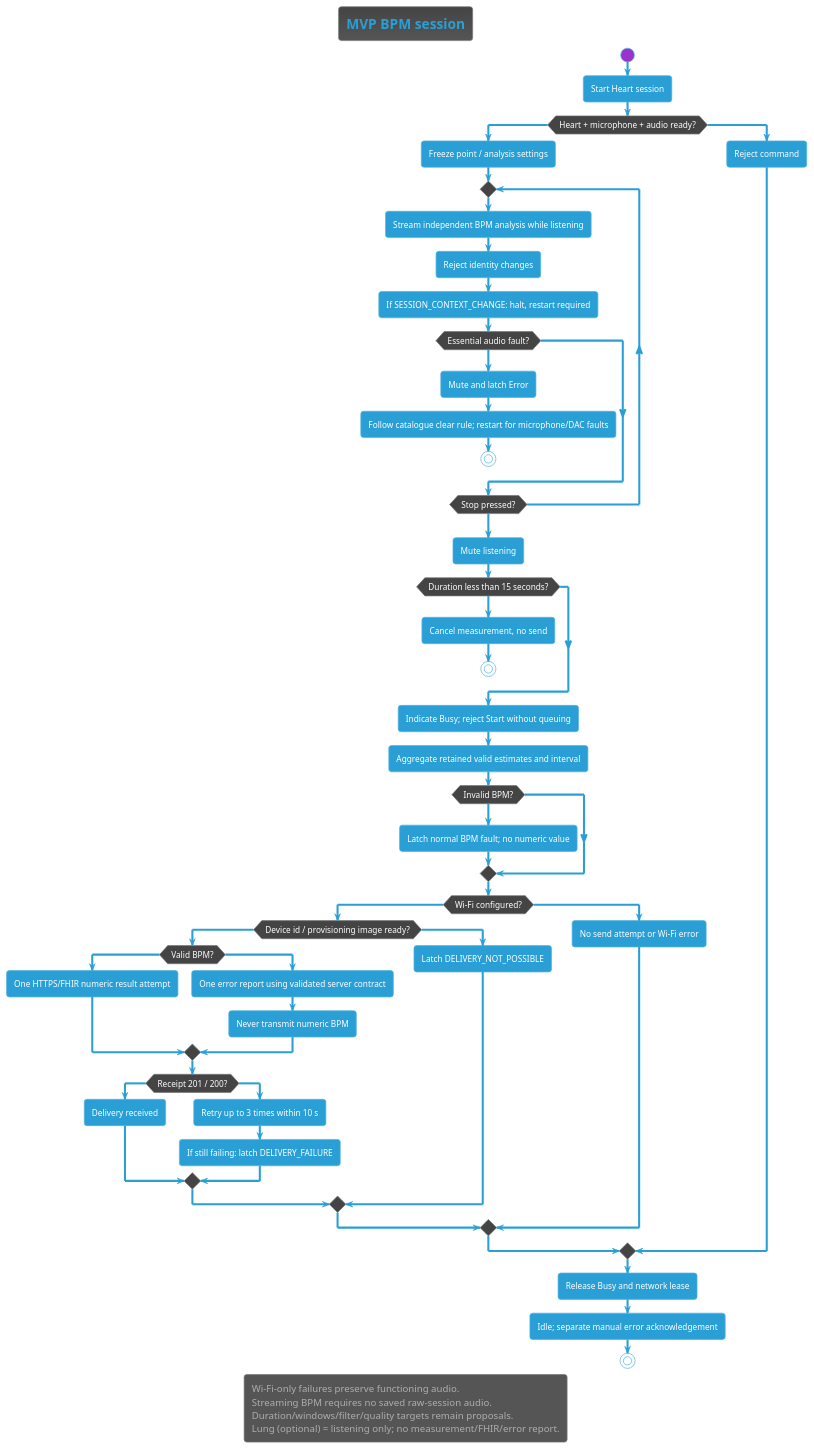
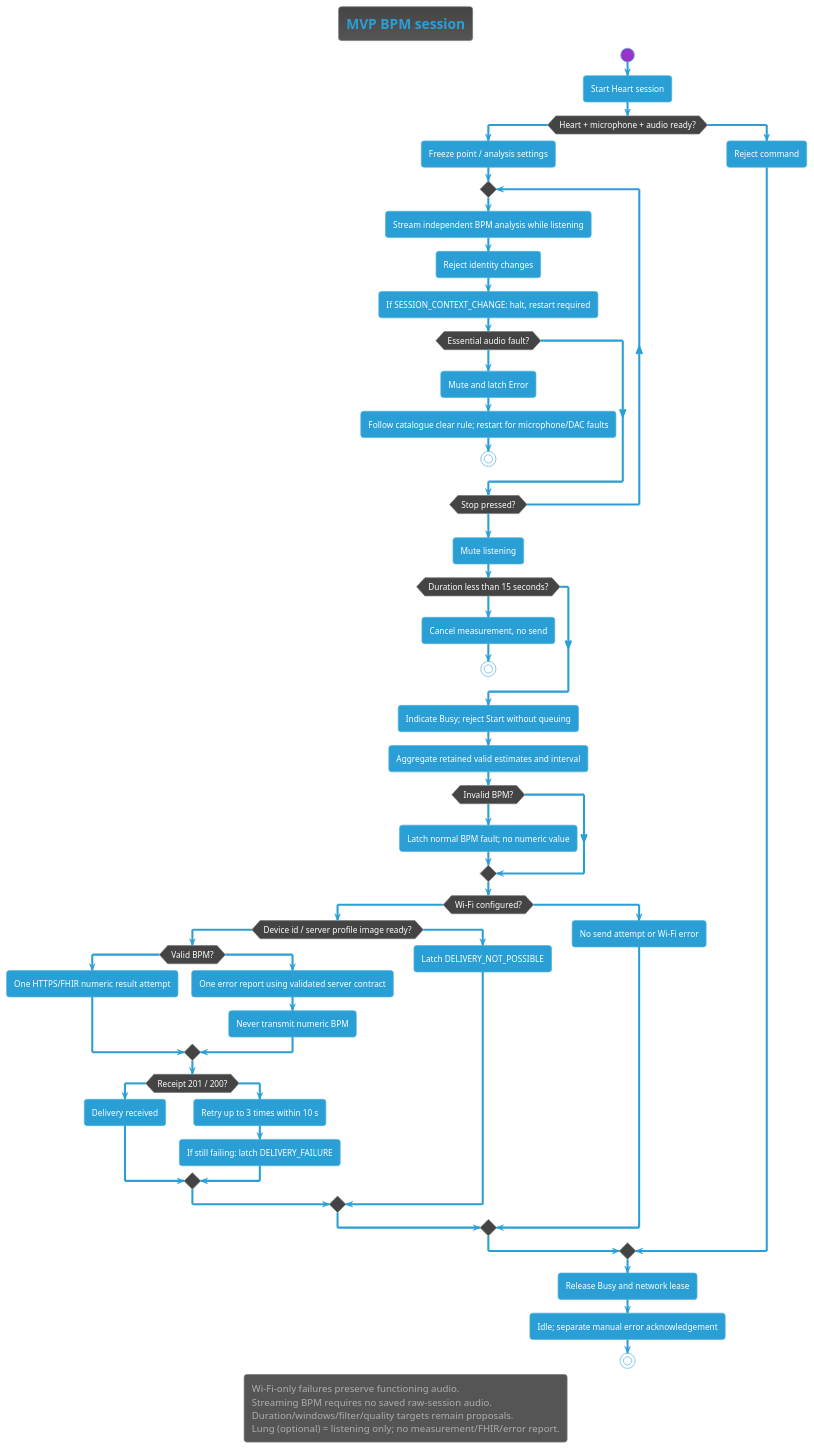
The diagram in Development/system/architecture/system/measurement-workflow.puml (DemonicPsychoII/DigitalStethoscope), drawn with PlantUML before and after one commit. The commit also changed 40 other files, not shown here.

First line of the commit message:
feature: rename the provisioning image to server profile so it is no longer confused with Wi-Fi provisioning

```diff
--- a/Development/system/architecture/system/measurement-workflow.puml
+++ b/Development/system/architecture/system/measurement-workflow.puml
@@ -1,62 +1,62 @@
 @startuml measurement_workflow
 !theme cyborg
 skinparam shadowing false
 skinparam defaultFontName SansSerif
 title MVP BPM session
 start
 :Start Heart session;
 if (Heart + microphone + audio ready?) then (yes)
  :Freeze point / analysis settings;
  repeat
   :Stream independent BPM analysis while listening;
   :Reject identity changes;
   :If SESSION_CONTEXT_CHANGE: halt, restart required;
   if (Essential audio fault?) then (yes)
    :Mute and latch Error;
    :Follow catalogue clear rule; restart for microphone/DAC faults;
    stop
   endif
  repeat while (Stop pressed?) is (no) not (yes)
  :Mute listening;
  if (Duration less than 15 seconds?) then (yes)
   :Cancel measurement, no send;
   stop
  endif
  :Indicate Busy; reject Start without queuing;
  :Aggregate retained valid estimates and interval;
  if (Invalid BPM?) then (yes)
   :Latch normal BPM fault; no numeric value;
  endif
  if (Wi-Fi configured?) then (yes)
-  if (Device id / provisioning image ready?) then (yes)
+  if (Device id / server profile image ready?) then (yes)
    if (Valid BPM?) then (yes)
     :One HTTPS/FHIR numeric result attempt;
    else (no)
     :One error report using validated server contract;
     :Never transmit numeric BPM;
    endif
    if (Receipt 201 / 200?) then (yes)
     :Delivery received;
    else (no)
     :Retry up to 3 times within 10 s;
     :If still failing: latch DELIVERY_FAILURE;
    endif
   else (no)
    :Latch DELIVERY_NOT_POSSIBLE;
   endif
  else (no)
   :No send attempt or Wi-Fi error;
  endif
 else (no)
  :Reject command;
 endif
 :Release Busy and network lease;
 :Idle; separate manual error acknowledgement;
 stop
 legend bottom
   Wi-Fi-only failures preserve functioning audio.
   Streaming BPM requires no saved raw-session audio.
   Duration/windows/filter/quality targets remain proposals.
   Lung (optional) = listening only; no measurement/FHIR/error report.
 endlegend
 @enduml
```
